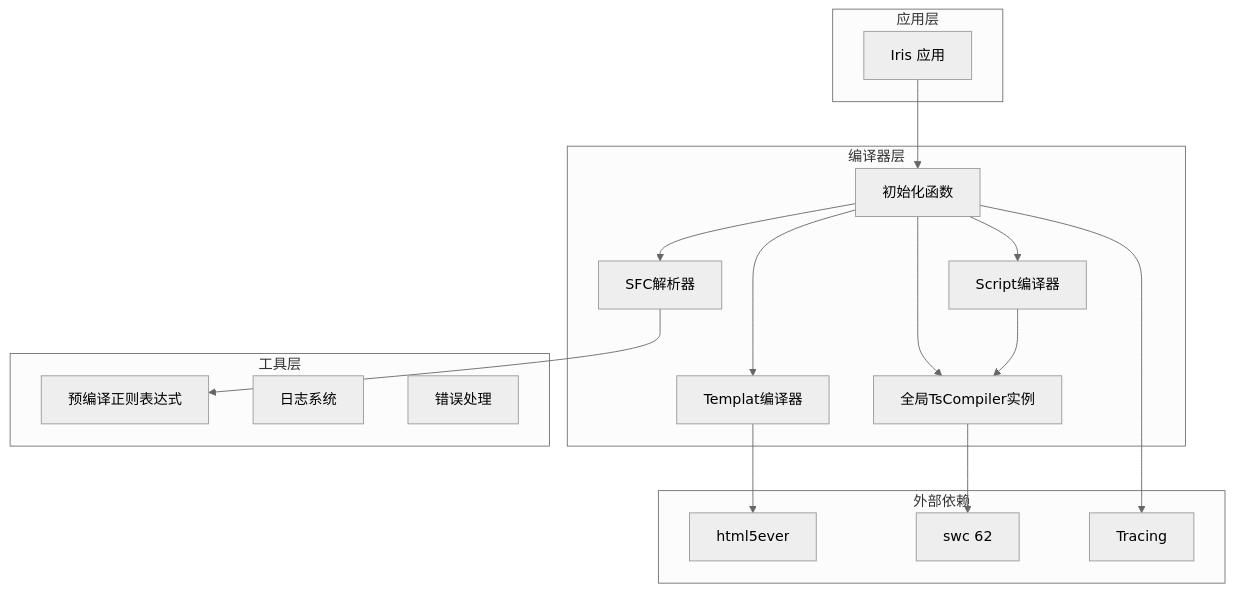
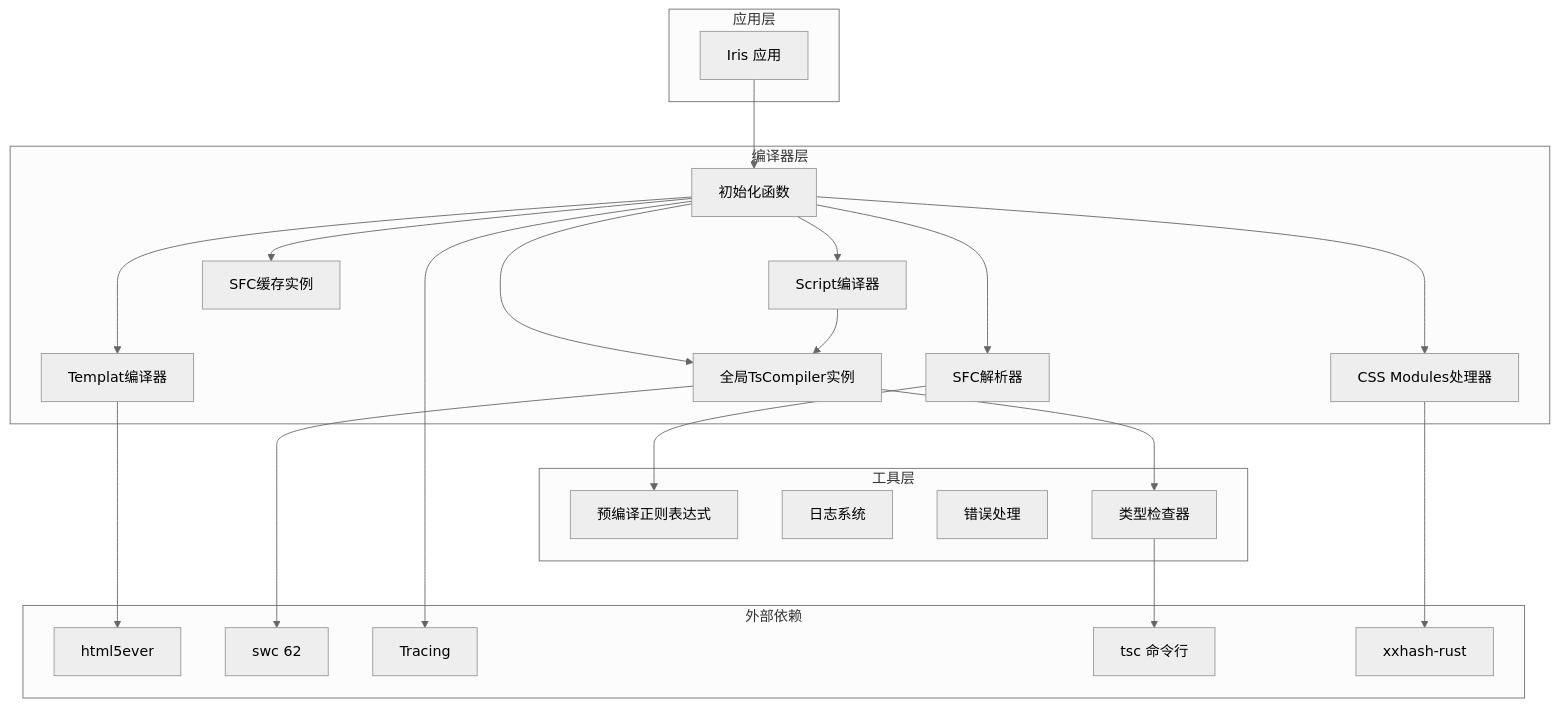
Before and after one commit to itszzl-sudo/iris: the third of 19 diagrams in .qoder/repowiki/zh/content/技术架构详解/即时转译系统/SFC编译器初始化机制.md, drawn with Mermaid (neutral theme). The commit also changed other lines of this file and 3 other files, not shown here.

````diff
--- a/.qoder/repowiki/zh/content/技术架构详解/即时转译系统/SFC编译器初始化机制.md
+++ b/.qoder/repowiki/zh/content/技术架构详解/即时转译系统/SFC编译器初始化机制.md
@@ -127,33 +149,43 @@
 ```mermaid
 graph TB
 subgraph "应用层"
 App[Iris 应用]
 end
 subgraph "编译器层"
 Init[初始化函数]
 Parser[SFC解析器]
 Template[Templat编译器]
 Script[Script编译器]
 GlobalTsCompiler[全局TsCompiler实例]
+CssModules[CSS Modules处理器]
+Cache[SFC缓存实例]
 end
 subgraph "工具层"
 Regex[预编译正则表达式]
 Logger[日志系统]
 Error[错误处理]
+TypeChecker[类型检查器]
 end
 subgraph "外部依赖"
 Html5ever[html5ever]
 Swc[swc 62]
 Tracing[Tracing]
+Tsc[tsc 命令行]
+Xxhash[xxhash-rust]
 end
 App --> Init
 Init --> Parser
 Init --> Template
 Init --> Script
 Init --> GlobalTsCompiler
+Init --> CssModules
+Init --> Cache
 Parser --> Regex
 Template --> Html5ever
 Script --> GlobalTsCompiler
 GlobalTsCompiler --> Swc
+GlobalTsCompiler --> TypeChecker
+TypeChecker --> Tsc
+CssModules --> Xxhash
 Init --> Tracing
 ```
````
